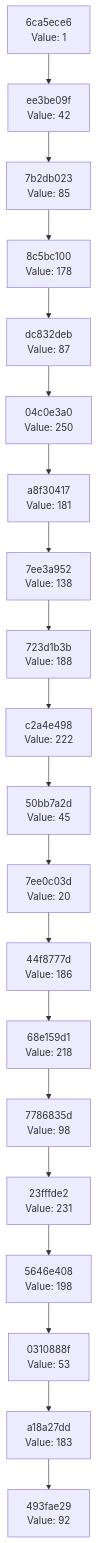
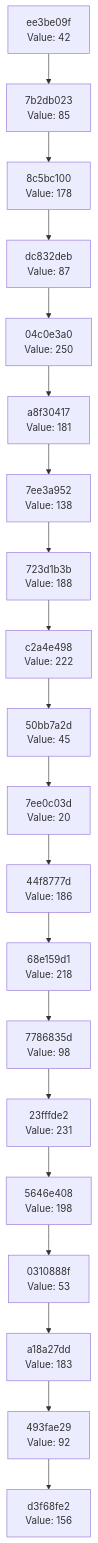
One commit to Abhisheksinha1506/hash-chain-evolver changed the diagram in docs/CHAIN_VISUALIZATION.md. Above: the diagram before and after it, drawn with Mermaid. The commit also changed 2 other files, not shown here.

Commit message:
Evolution Step

````diff
--- a/docs/CHAIN_VISUALIZATION.md
+++ b/docs/CHAIN_VISUALIZATION.md
@@ -3,42 +3,42 @@
 ```mermaid
 graph TD
-    C0["493fae29<br/>Value: 92"]
-    C1["a18a27dd<br/>Value: 183"]
+    C0["d3f68fe2<br/>Value: 156"]
+    C1["493fae29<br/>Value: 92"]
     C1 --> C0
-    C2["0310888f<br/>Value: 53"]
+    C2["a18a27dd<br/>Value: 183"]
     C2 --> C1
-    C3["5646e408<br/>Value: 198"]
+    C3["0310888f<br/>Value: 53"]
     C3 --> C2
-    C4["23fffde2<br/>Value: 231"]
+    C4["5646e408<br/>Value: 198"]
     C4 --> C3
-    C5["7786835d<br/>Value: 98"]
+    C5["23fffde2<br/>Value: 231"]
     C5 --> C4
-    C6["68e159d1<br/>Value: 218"]
+    C6["7786835d<br/>Value: 98"]
     C6 --> C5
-    C7["44f8777d<br/>Value: 186"]
+    C7["68e159d1<br/>Value: 218"]
     C7 --> C6
-    C8["7ee0c03d<br/>Value: 20"]
+    C8["44f8777d<br/>Value: 186"]
     C8 --> C7
-    C9["50bb7a2d<br/>Value: 45"]
+    C9["7ee0c03d<br/>Value: 20"]
     C9 --> C8
-    C10["c2a4e498<br/>Value: 222"]
+    C10["50bb7a2d<br/>Value: 45"]
     C10 --> C9
-    C11["723d1b3b<br/>Value: 188"]
+    C11["c2a4e498<br/>Value: 222"]
     C11 --> C10
-    C12["7ee3a952<br/>Value: 138"]
+    C12["723d1b3b<br/>Value: 188"]
     C12 --> C11
-    C13["a8f30417<br/>Value: 181"]
+    C13["7ee3a952<br/>Value: 138"]
     C13 --> C12
-    C14["04c0e3a0<br/>Value: 250"]
+    C14["a8f30417<br/>Value: 181"]
     C14 --> C13
-    C15["dc832deb<br/>Value: 87"]
+    C15["04c0e3a0<br/>Value: 250"]
     C15 --> C14
-    C16["8c5bc100<br/>Value: 178"]
+    C16["dc832deb<br/>Value: 87"]
     C16 --> C15
-    C17["7b2db023<br/>Value: 85"]
+    C17["8c5bc100<br/>Value: 178"]
     C17 --> C16
-    C18["ee3be09f<br/>Value: 42"]
+    C18["7b2db023<br/>Value: 85"]
     C18 --> C17
-    C19["6ca5ece6<br/>Value: 1"]
+    C19["ee3be09f<br/>Value: 42"]
     C19 --> C18
 ```
````
